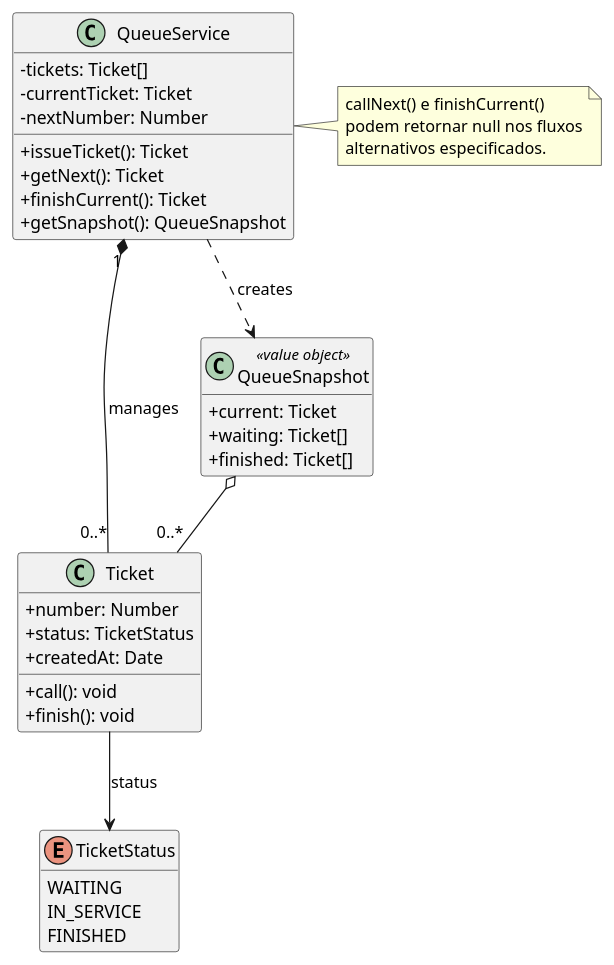
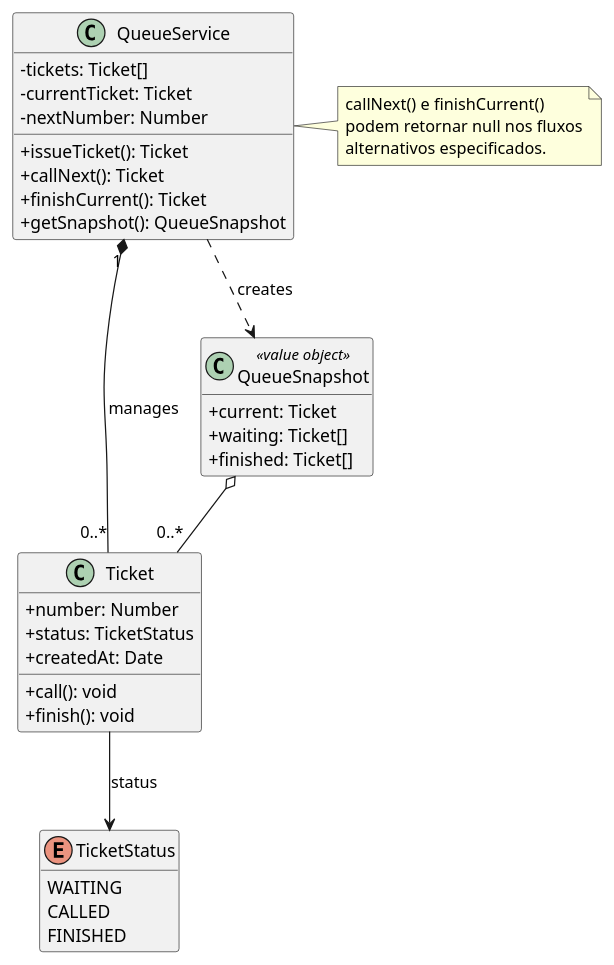
One commit to MarcosArambasic/dev_orientado_a_spec_IA changed the diagram in projeto/specs/uml/class/class-diagram.md. Above: the diagram before and after it, drawn with PlantUML. The commit also changed 10 other files, not shown here.

````diff
--- a/projeto/specs/uml/class/class-diagram.md
+++ b/projeto/specs/uml/class/class-diagram.md
@@ -3,47 +3,47 @@
 ```plantuml
 @startuml
 hide empty members
 skinparam classAttributeIconSize 0
 
 enum TicketStatus {
   WAITING
-  IN_SERVICE
+  CALLED
   FINISHED
 }
 
 class Ticket {
   +number: Number
   +status: TicketStatus
   +createdAt: Date
   +call(): void
   +finish(): void
 }
 
 class QueueService {
   -tickets: Ticket[]
   -currentTicket: Ticket
   -nextNumber: Number
   +issueTicket(): Ticket
-  +getNext(): Ticket
+  +callNext(): Ticket
   +finishCurrent(): Ticket
   +getSnapshot(): QueueSnapshot
 }
 
 class QueueSnapshot <<value object>> {
   +current: Ticket
   +waiting: Ticket[]
   +finished: Ticket[]
 }
 
 Ticket --> TicketStatus : status
 QueueService "1" *-- "0..*" Ticket : manages
 QueueService ..> QueueSnapshot : creates
 QueueSnapshot o-- "0..*" Ticket
 
 note right of QueueService
   callNext() e finishCurrent()
   podem retornar null nos fluxos
   alternativos especificados.
 end note
 @enduml
 ```
````
